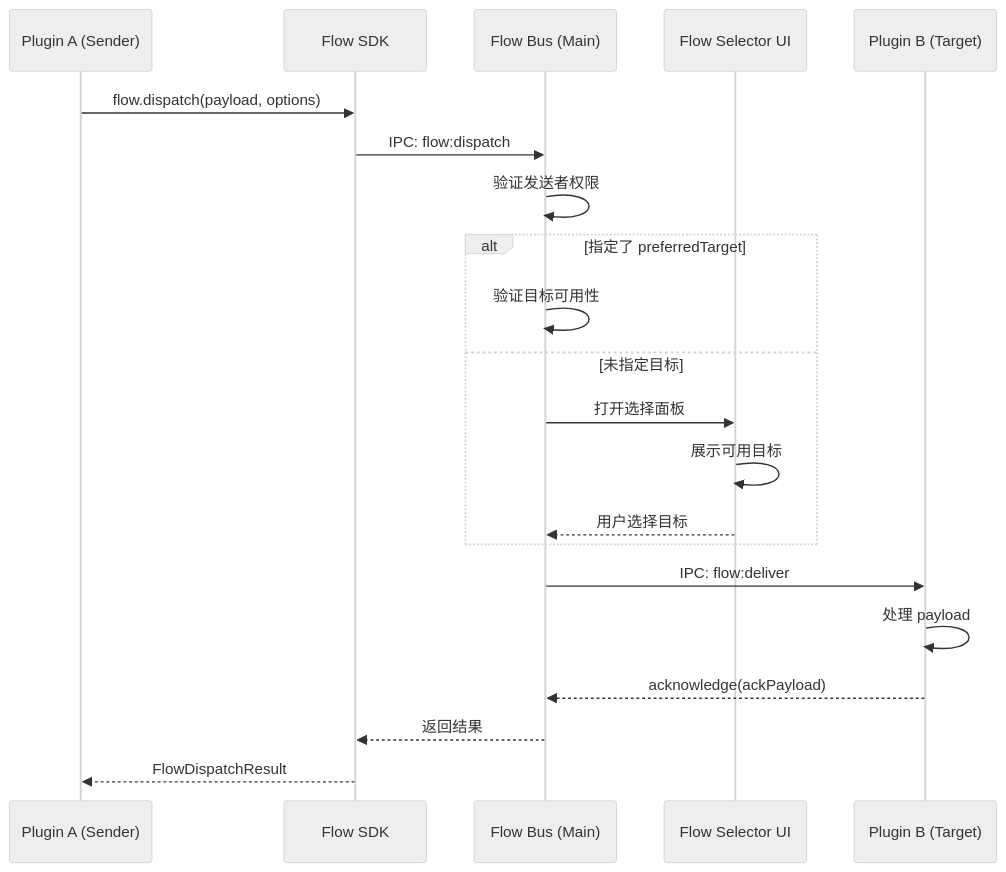
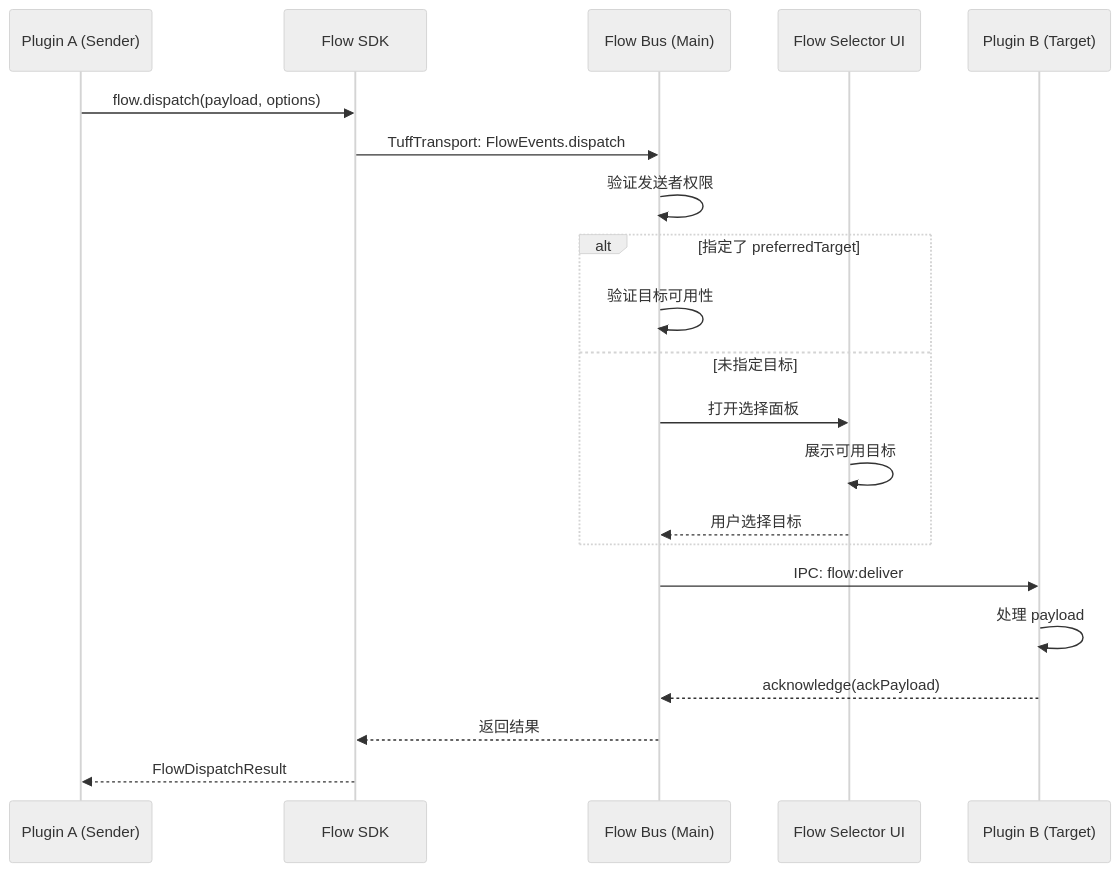
Before and after one commit to talex-touch/tuff: the diagram in plan-prd/03-features/flow-transfer-detailed-prd.md, drawn with Mermaid (neutral theme). The commit also changed 34 other files, not shown here.

````diff
--- a/plan-prd/03-features/flow-transfer-detailed-prd.md
+++ b/plan-prd/03-features/flow-transfer-detailed-prd.md
@@ -296,26 +296,26 @@
 ```mermaid
 sequenceDiagram
     participant A as Plugin A (Sender)
     participant SDK as Flow SDK
     participant Bus as Flow Bus (Main)
     participant UI as Flow Selector UI
     participant B as Plugin B (Target)
     
     A->>SDK: flow.dispatch(payload, options)
-    SDK->>Bus: IPC: flow:dispatch
+    SDK->>Bus: TuffTransport: FlowEvents.dispatch
     Bus->>Bus: 验证发送者权限
     
     alt 指定了 preferredTarget
         Bus->>Bus: 验证目标可用性
     else 未指定目标
         Bus->>UI: 打开选择面板
         UI->>UI: 展示可用目标
         UI-->>Bus: 用户选择目标
     end
     
     Bus->>B: IPC: flow:deliver
     B->>B: 处理 payload
     B-->>Bus: acknowledge(ackPayload)
     Bus-->>SDK: 返回结果
     SDK-->>A: FlowDispatchResult
 ```
````
